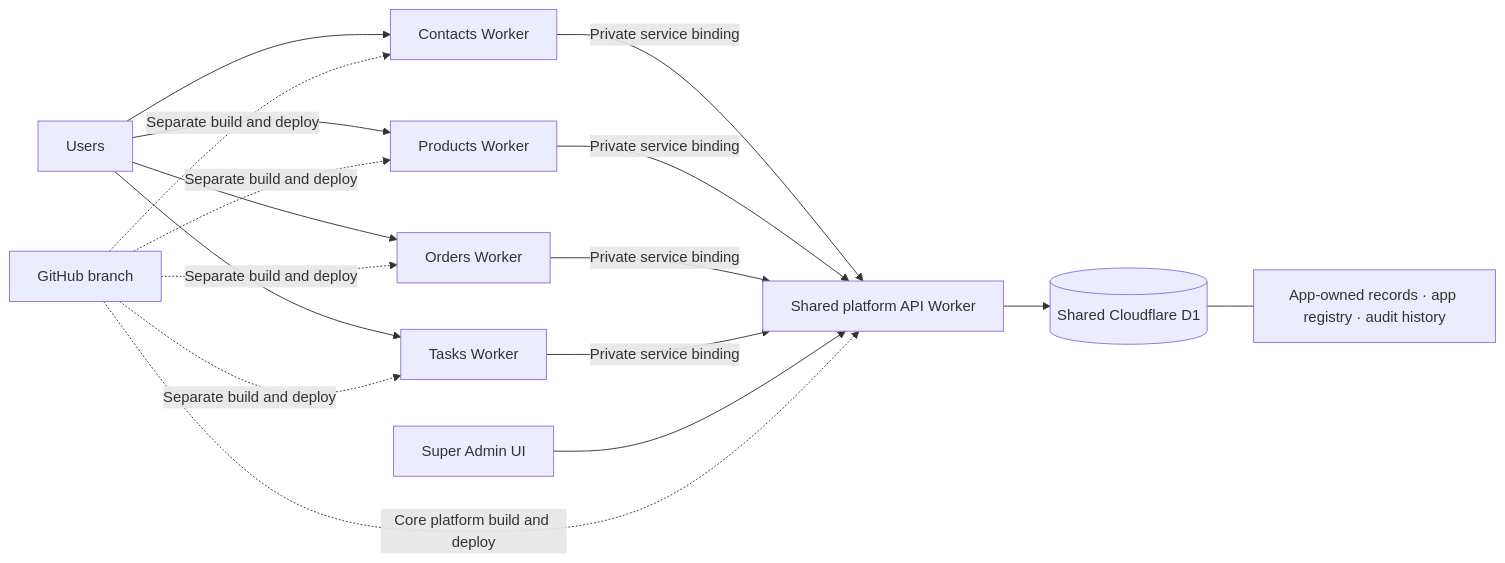
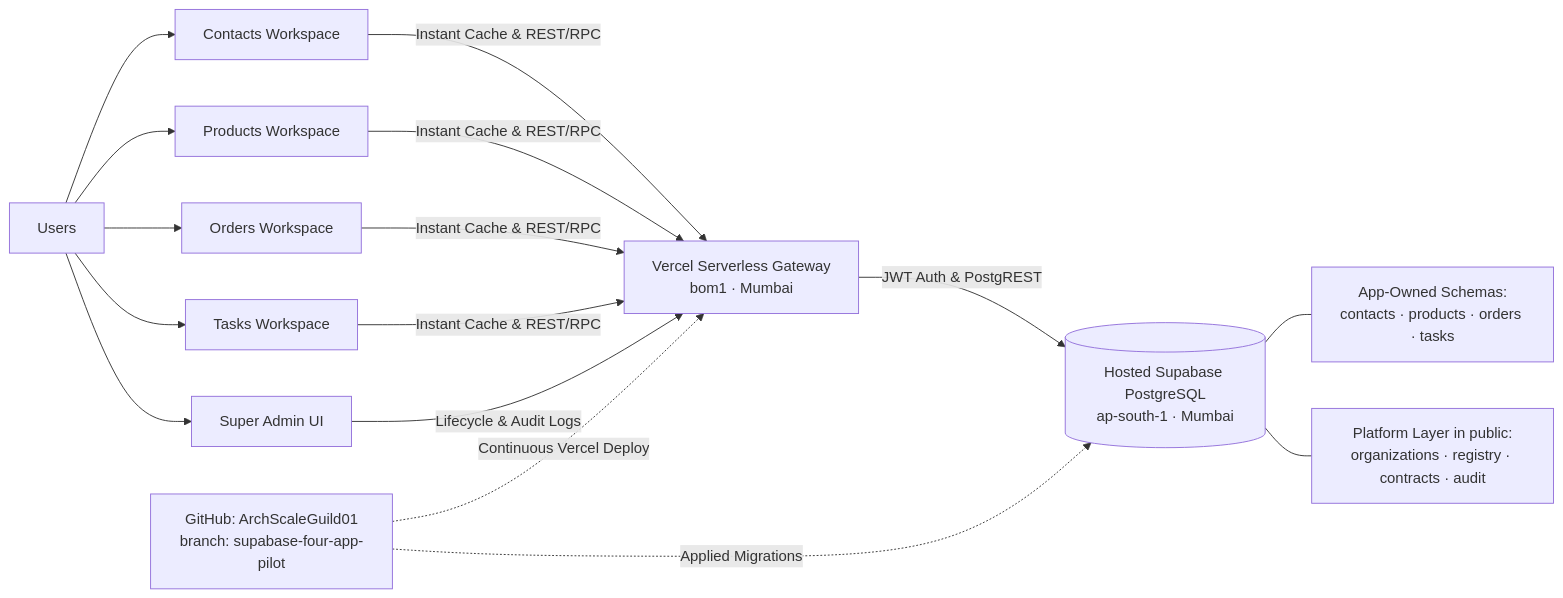
The diagram in modular-demo/MANAGER-UPDATE.md (Ritikkeshari07/ArchScaleGuild01), drawn with Mermaid before and after one commit. The commit also changed other lines of this file, not shown here.

Commit message:
Update MANAGER-UPDATE.md with current Supabase + Vercel Architecture at a glance

````diff
--- a/modular-demo/MANAGER-UPDATE.md
+++ b/modular-demo/MANAGER-UPDATE.md
@@ -7,19 +7,22 @@
 ```mermaid
 flowchart LR
-  U[Users] --> C[Contacts Worker]
-  U --> P[Products Worker]
-  U --> O[Orders Worker]
-  U --> T[Tasks Worker]
-  C -->|Private service binding| API[Shared platform API Worker]
-  P -->|Private service binding| API
-  O -->|Private service binding| API
-  T -->|Private service binding| API
-  SA[Super Admin UI] --> API
-  API --> DB[(Shared Cloudflare D1)]
-  DB --- Tables[App-owned records · app registry · audit history]
-  GH[GitHub branch] -. Core platform build and deploy .-> API
-  GH -. Separate build and deploy .-> C
-  GH -. Separate build and deploy .-> P
-  GH -. Separate build and deploy .-> O
-  GH -. Separate build and deploy .-> T
+  U[Users] --> C[Contacts Workspace]
+  U --> P[Products Workspace]
+  U --> O[Orders Workspace]
+  U --> T[Tasks Workspace]
+  U --> SA[Super Admin UI]
+
+  C -->|Instant Cache & REST/RPC| API[Vercel Serverless Gateway<br/>bom1 · Mumbai]
+  P -->|Instant Cache & REST/RPC| API
+  O -->|Instant Cache & REST/RPC| API
+  T -->|Instant Cache & REST/RPC| API
+  SA -->|Lifecycle & Audit Logs| API
+
+  API -->|JWT Auth & PostgREST| DB[(Hosted Supabase PostgreSQL<br/>ap-south-1 · Mumbai)]
+
+  DB --- AppSchemas[App-Owned Schemas:<br/>contacts · products · orders · tasks]
+  DB --- PlatformTables[Platform Layer in public:<br/>organizations · registry · contracts · audit]
+
+  GH[GitHub: ArchScaleGuild01<br/>branch: supabase-four-app-pilot] -. Continuous Vercel Deploy .-> API
+  GH -. Applied Migrations .-> DB
 ```
````
